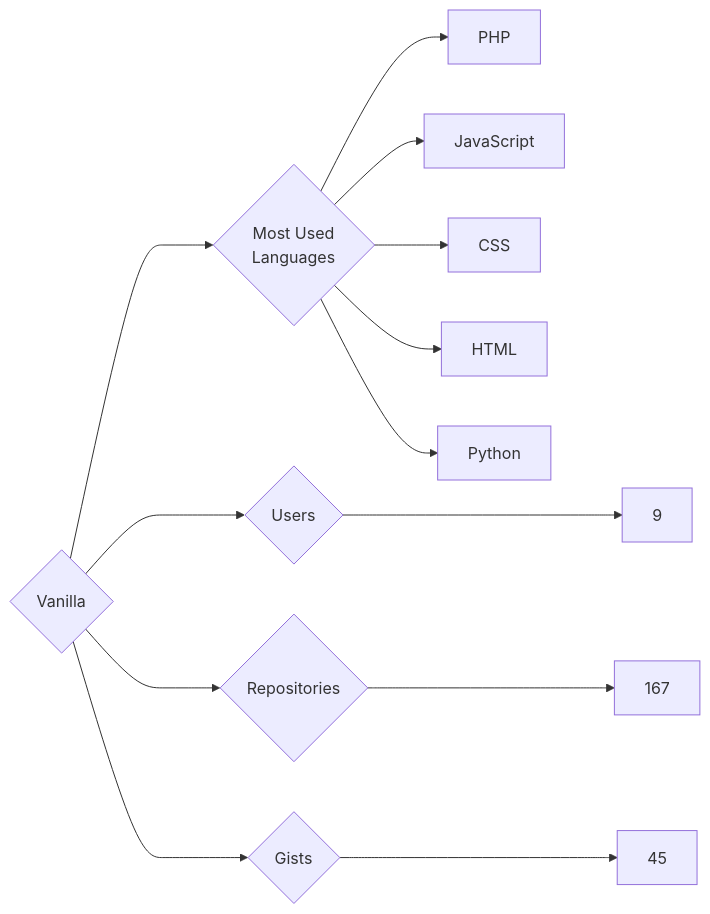
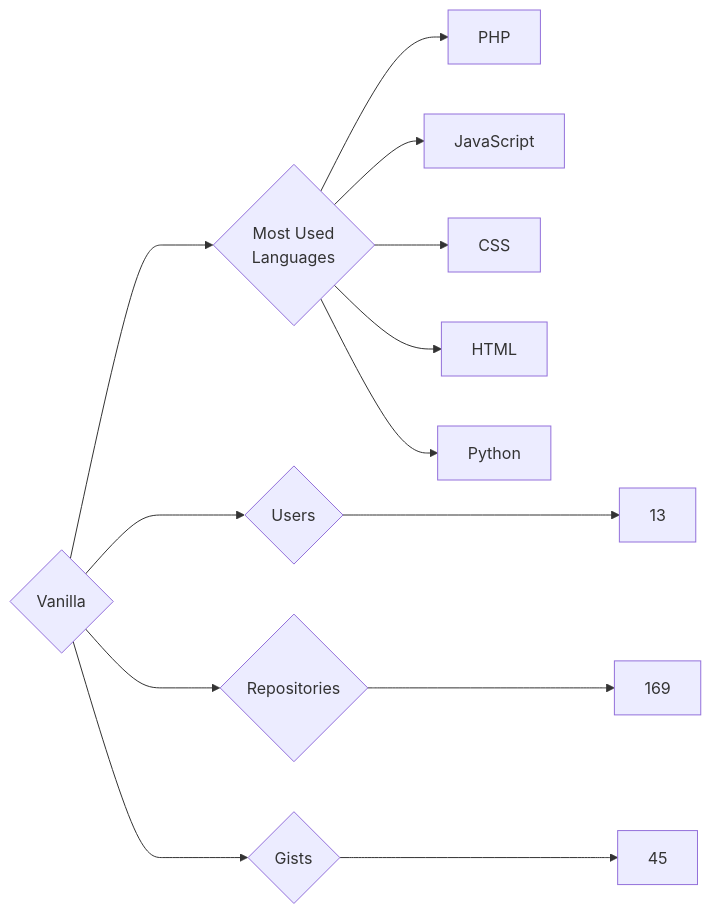
Before and after one commit to trickest/insiders: the diagram in targets/Vanilla/README.md, drawn with Mermaid. The commit also changed 940 other files, not shown here.

````diff
--- a/targets/Vanilla/README.md
+++ b/targets/Vanilla/README.md
@@ -3,13 +3,13 @@
 ```mermaid
 graph LR
 COMPANY_NAME{Vanilla}
-COMPANY_NAME ---> U{Users} ---> UN[9]
-COMPANY_NAME ---> R{Repositories} ---> RN[167]
+COMPANY_NAME ---> U{Users} ---> UN[13]
+COMPANY_NAME ---> R{Repositories} ---> RN[169]
 COMPANY_NAME ---> G{Gists} ---> GN[45]
 COMPANY_NAME ---> ML{Most Used<br>Languages}
 ML --> PHP[PHP]
 ML --> JavaScript[JavaScript]
 ML --> CSS[CSS]
 ML --> HTML[HTML]
 ML --> Python[Python]
 ```
````
